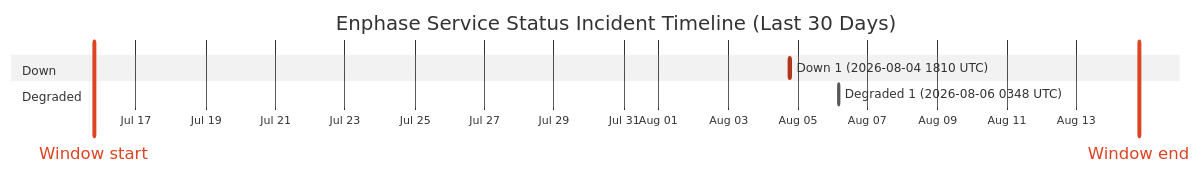
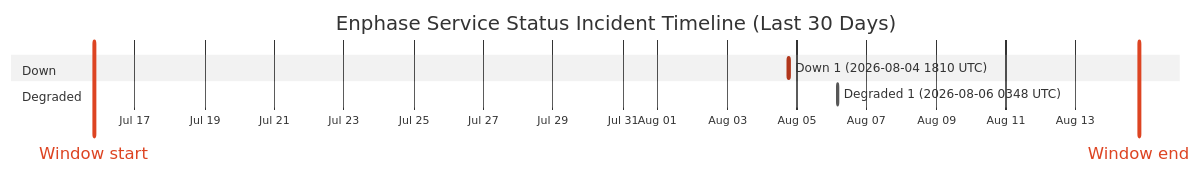
One commit to barneyonline/ha-enphase-energy changed the diagram in wiki/Service-Status-History.md. Above: the diagram before and after it, drawn with Mermaid (neutral theme). The commit also changed other lines of this file and 3 other files, not shown here.

````diff
--- a/wiki/Service-Status-History.md
+++ b/wiki/Service-Status-History.md
@@ -14,12 +14,12 @@
 ```mermaid
 gantt
     title Enphase Service Status Incident Timeline (Last 30 Days)
     dateFormat  YYYY-MM-DDTHH:mm:ss
     axisFormat  %b %d
-    Window start :vert, window-start, 2026-07-15T18:51:16, 0ms
-    Window end :vert, window-end, 2026-08-14T18:51:16, 0ms
+    Window start :vert, window-start, 2026-07-15T19:46:08, 0ms
+    Window end :vert, window-end, 2026-08-14T19:46:08, 0ms
     section Down
     Down 1 (2026-08-04 1810 UTC) :crit, down-1, 2026-08-04T18:10:46, 60m
     section Degraded
     Degraded 1 (2026-08-06 0348 UTC) :active, degraded-1, 2026-08-06T03:48:14, 60m
 ```
````
